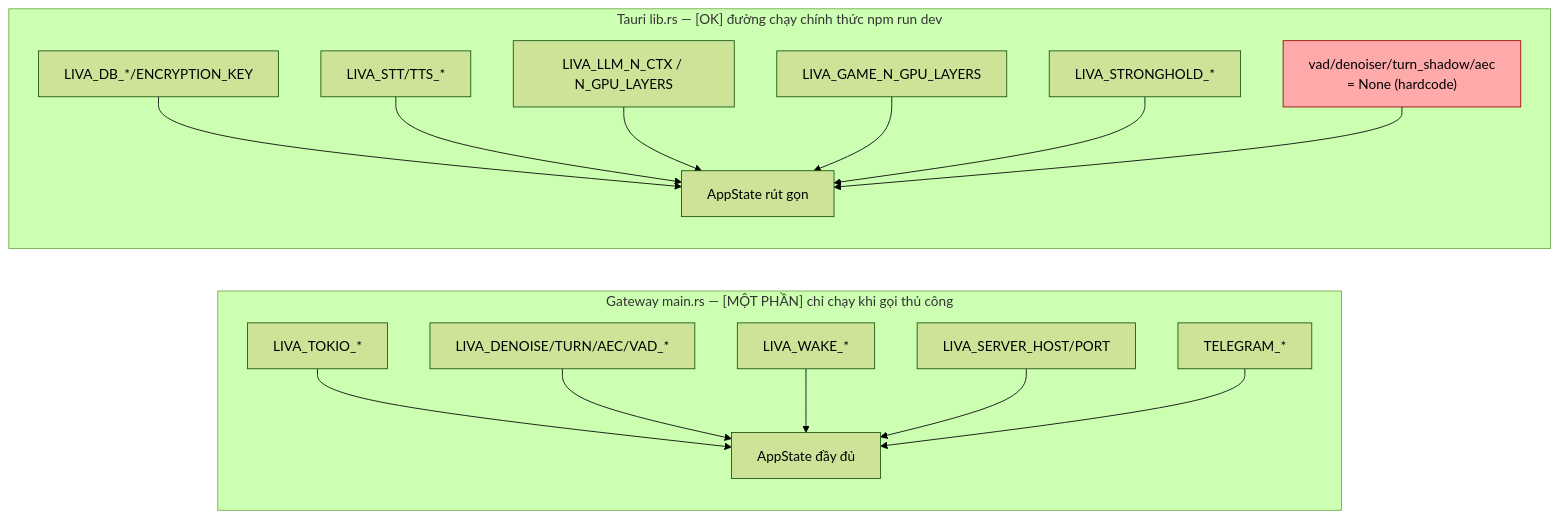
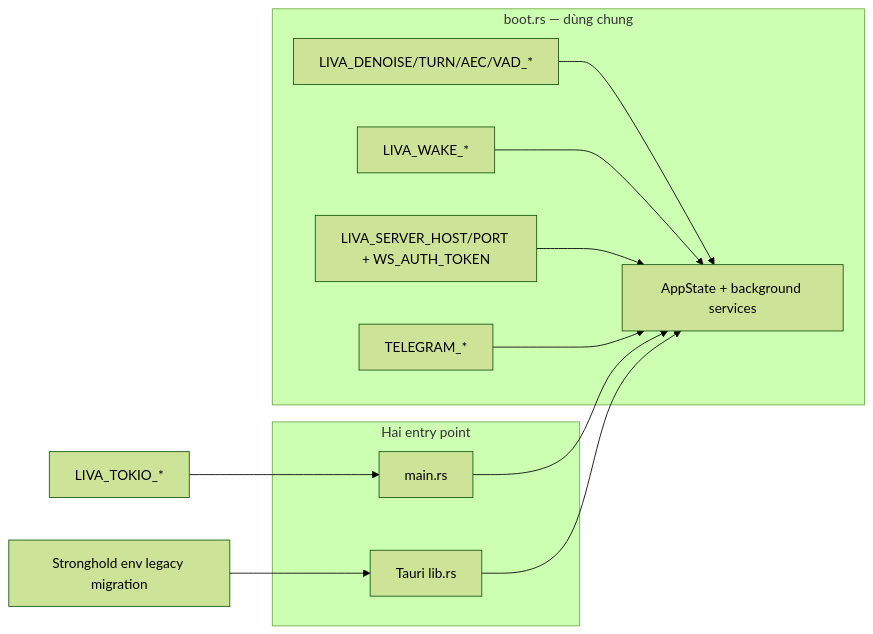
The second of 3 diagrams in docs/02-van-hanh/01-cau-hinh-va-bien-moi-truong.md (DuongNAD/LIVA), drawn with Mermaid (forest theme) before and after one commit. The commit also changed other lines of this file and 59 other files, not shown here.

````diff
--- a/docs/02-van-hanh/01-cau-hinh-va-bien-moi-truong.md
+++ b/docs/02-van-hanh/01-cau-hinh-va-bien-moi-truong.md
@@ -96,19 +92,15 @@
 ```mermaid
 flowchart LR
-    subgraph GW["Gateway main.rs — [MỘT PHẦN] chỉ chạy khi gọi thủ công"]
-        G1["LIVA_TOKIO_*"] --> GX["AppState đầy đủ"]
-        G2["LIVA_DENOISE/TURN/AEC/VAD_*"] --> GX
+    subgraph SHARED["boot.rs — dùng chung"]
+        G2["LIVA_DENOISE/TURN/AEC/VAD_*"] --> GX["AppState + background services"]
         G3["LIVA_WAKE_*"] --> GX
-        G4["LIVA_SERVER_HOST/PORT"] --> GX
+        G4["LIVA_SERVER_HOST/PORT + WS_AUTH_TOKEN"] --> GX
         G5["TELEGRAM_*"] --> GX
     end
-    subgraph TA["Tauri lib.rs — [OK] đường chạy chính thức npm run dev"]
-        T1["LIVA_DB_*/ENCRYPTION_KEY"] --> TX["AppState rút gọn"]
-        T2["LIVA_STT/TTS_*"] --> TX
-        T3["LIVA_LLM_N_CTX / N_GPU_LAYERS"] --> TX
-        T4["LIVA_GAME_N_GPU_LAYERS"] --> TX
-        T5["LIVA_STRONGHOLD_*"] --> TX
-        TN["vad/denoiser/turn_shadow/aec<br/>= None (hardcode)"] --> TX
+    subgraph ENTRY["Hai entry point"]
+        M["main.rs"] --> GX
+        T["Tauri lib.rs"] --> GX
     end
-    style TN fill:#faa,stroke:#900
+    L["LIVA_TOKIO_*"] --> M
+    V["Stronghold env legacy migration"] --> T
 ```
````
